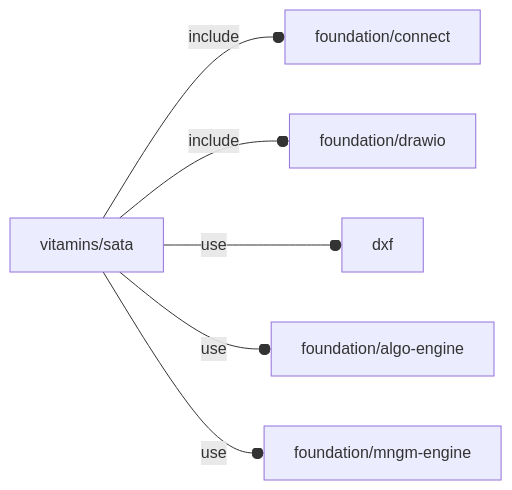
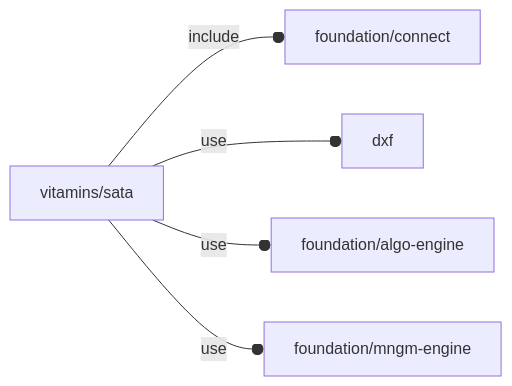
Before and after one commit to ggabbiani/OFL: the diagram in orthodocs/vitamins/sata.md, drawn with Mermaid. The commit also changed other lines of this file and 6 other files, not shown here.

````diff
--- a/orthodocs/vitamins/sata.md
+++ b/orthodocs/vitamins/sata.md
@@ -5,8 +5,7 @@
 ```mermaid
 graph LR
     A1[vitamins/sata] --o|include| A2[foundation/connect]
-    A1 --o|include| A3[foundation/drawio]
-    A1 --o|use| A4[dxf]
-    A1 --o|use| A5[foundation/algo-engine]
-    A1 --o|use| A6[foundation/mngm-engine]
+    A1 --o|use| A3[dxf]
+    A1 --o|use| A4[foundation/algo-engine]
+    A1 --o|use| A5[foundation/mngm-engine]
 ```
````
